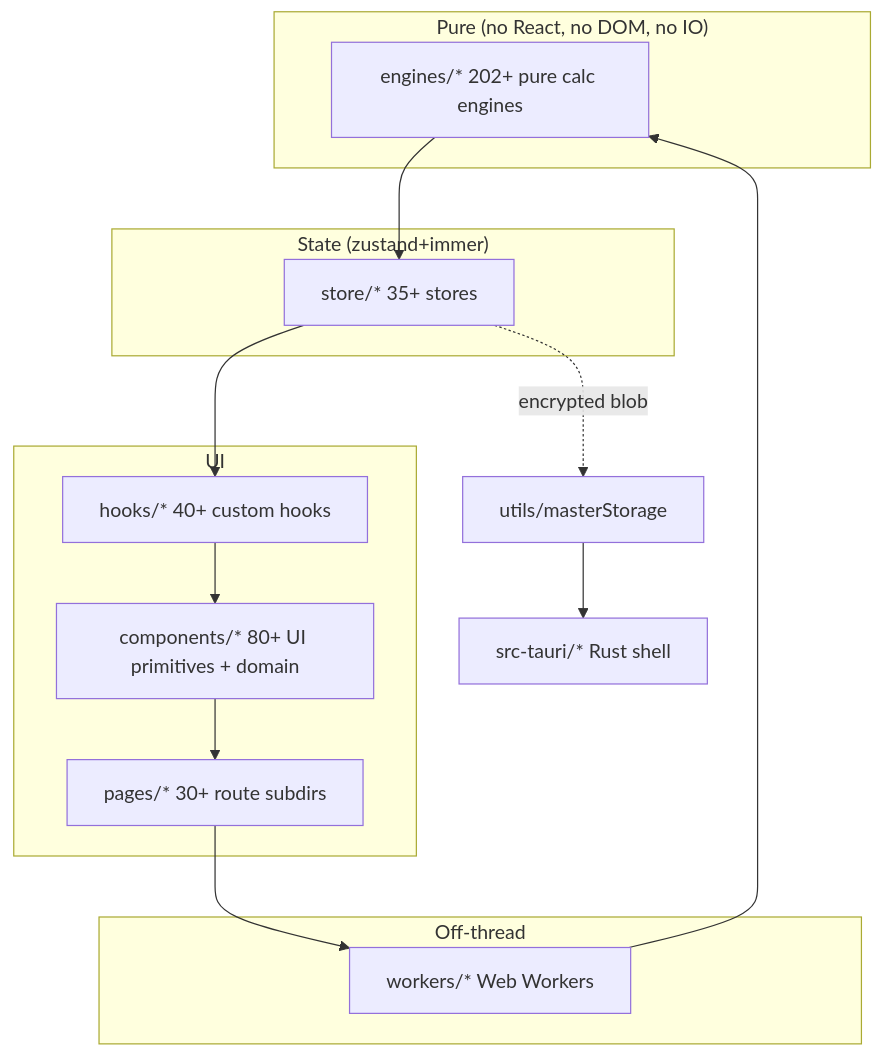
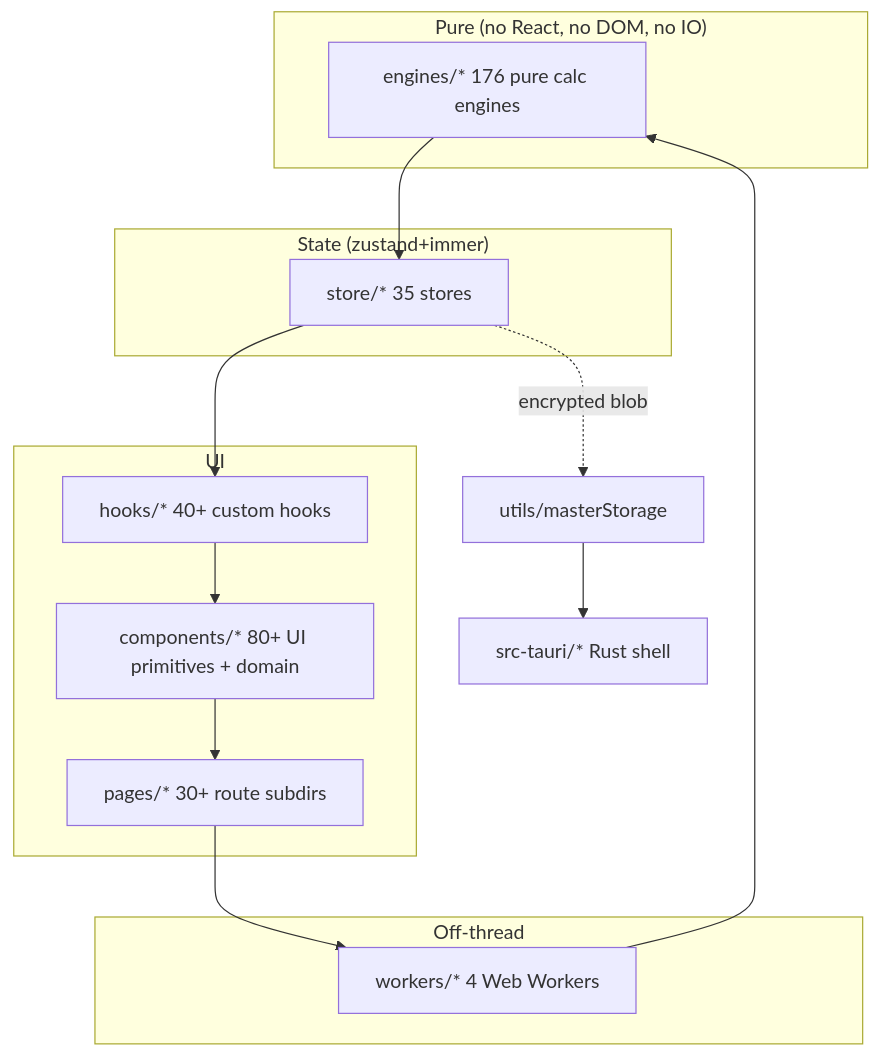
Before and after one commit to Warzonesiddiki/fp-A-betterversion: the diagram in docs/ONBOARDING.md, drawn with Mermaid. The commit also changed other lines of this file and 3 other files, not shown here.

````diff
--- a/docs/ONBOARDING.md
+++ b/docs/ONBOARDING.md
@@ -97,25 +58,20 @@
 ```mermaid
 flowchart TB
   subgraph "Pure (no React, no DOM, no IO)"
-    ENG[engines/* 202+ pure calc engines]
+    ENG[engines/* 176 pure calc engines]
   end
   subgraph "State (zustand+immer)"
-    STO[store/* 35+ stores]
+    STO[store/* 35 stores]
   end
   subgraph "UI"
     HK[hooks/* 40+ custom hooks]
     CMP[components/* 80+ UI primitives + domain]
     PG[pages/* 30+ route subdirs]
   end
   subgraph "Off-thread"
-    WK[workers/* Web Workers]
+    WK[workers/* 4 Web Workers]
   end
-  ENG --> STO
-  STO --> HK
-  HK --> CMP
-  CMP --> PG
-  PG --> WK
-  WK --> ENG
+  ENG --> STO --> HK --> CMP --> PG --> WK --> ENG
   STO -.encrypted blob.-> MS[utils/masterStorage]
   MS --> TAURI[src-tauri/* Rust shell]
 ```
````
